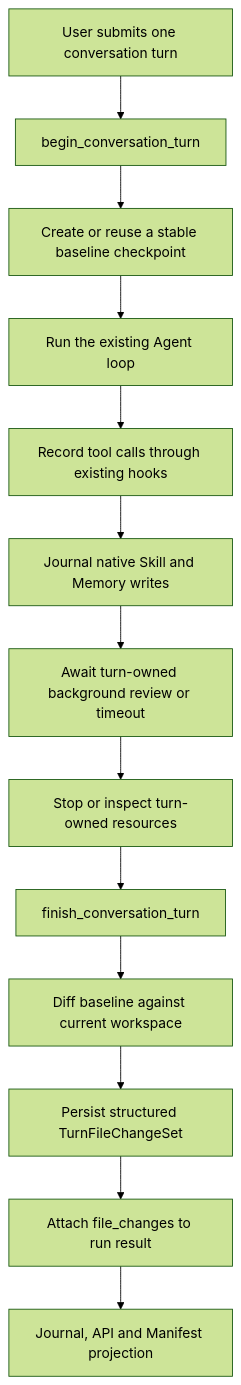
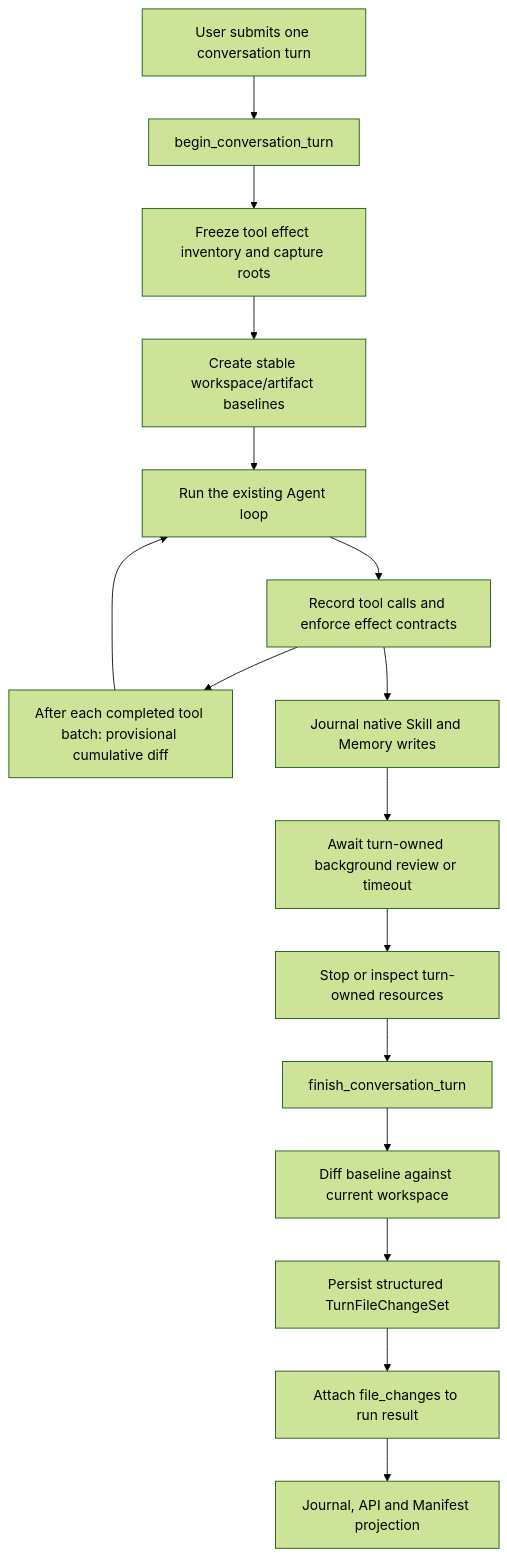
Before and after one commit to Jerryyyy0/hermes-webui: the second of 2 diagrams in docs/工具调用文件变更捕获完整方案.md, drawn with Mermaid (forest theme). The commit also changed other lines of this file and 1 other file, not shown here.

````diff
--- a/docs/工具调用文件变更捕获完整方案.md
+++ b/docs/工具调用文件变更捕获完整方案.md
@@ -123,15 +170,18 @@
 ```mermaid
 flowchart TD
   User["User submits one conversation turn"] --> Begin["begin_conversation_turn"]
-  Begin --> Baseline["Create or reuse a stable baseline checkpoint"]
+  Begin --> Policy["Freeze tool effect inventory and capture roots"]
+  Policy --> Baseline["Create stable workspace/artifact baselines"]
   Baseline --> Agent["Run the existing Agent loop"]
-  Agent --> Hooks["Record tool calls through existing hooks"]
+  Agent --> Hooks["Record tool calls and enforce effect contracts"]
+  Hooks --> Iteration["After each completed tool batch: provisional cumulative diff"]
+  Iteration --> Agent
   Hooks --> Native["Journal native Skill and Memory writes"]
   Native --> Review["Await turn-owned background review or timeout"]
   Review --> Cleanup["Stop or inspect turn-owned resources"]
   Cleanup --> Finish["finish_conversation_turn"]
   Finish --> Diff["Diff baseline against current workspace"]
   Diff --> Persist["Persist structured TurnFileChangeSet"]
   Persist --> Result["Attach file_changes to run result"]
   Result --> WebUI["Journal, API and Manifest projection"]
 ```
````
